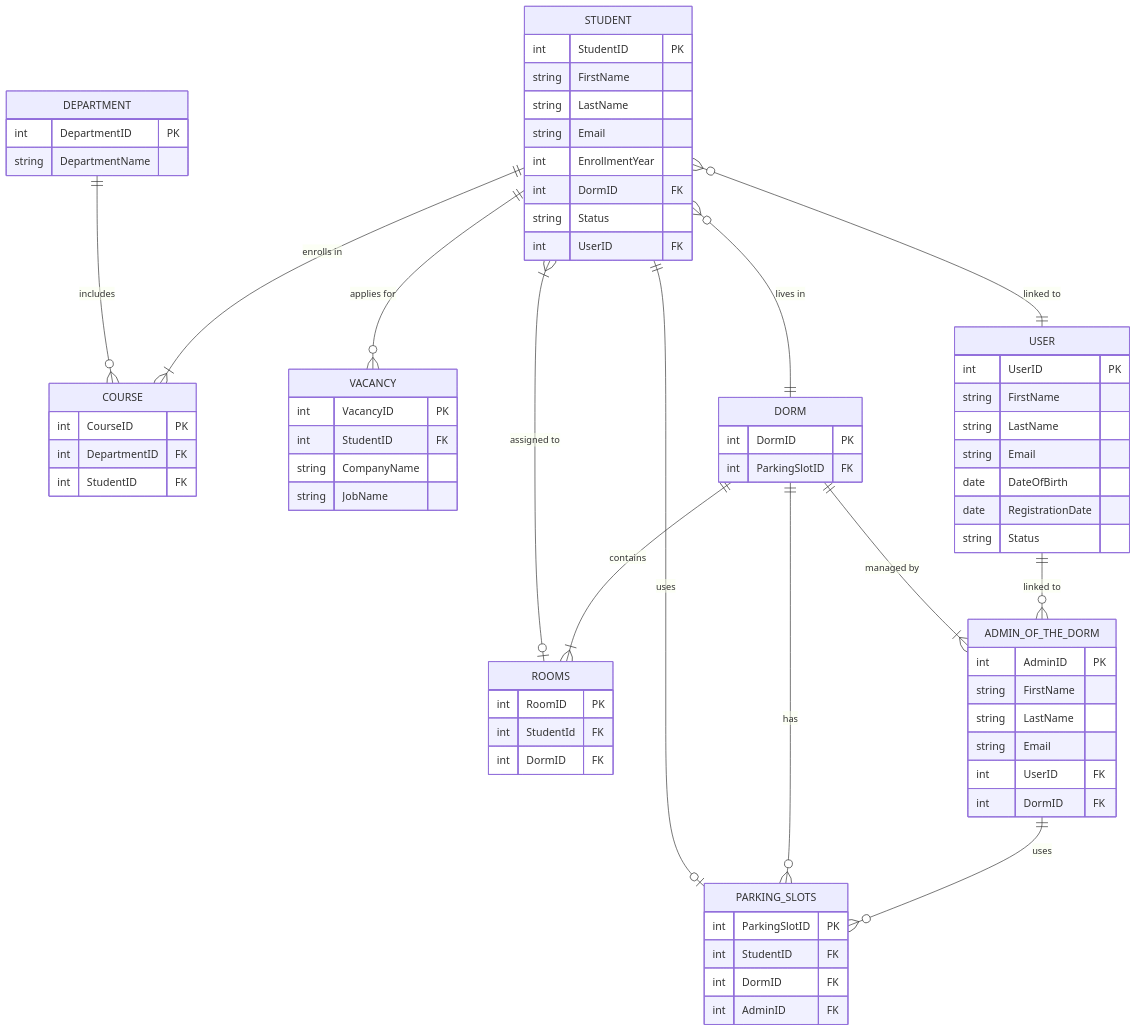
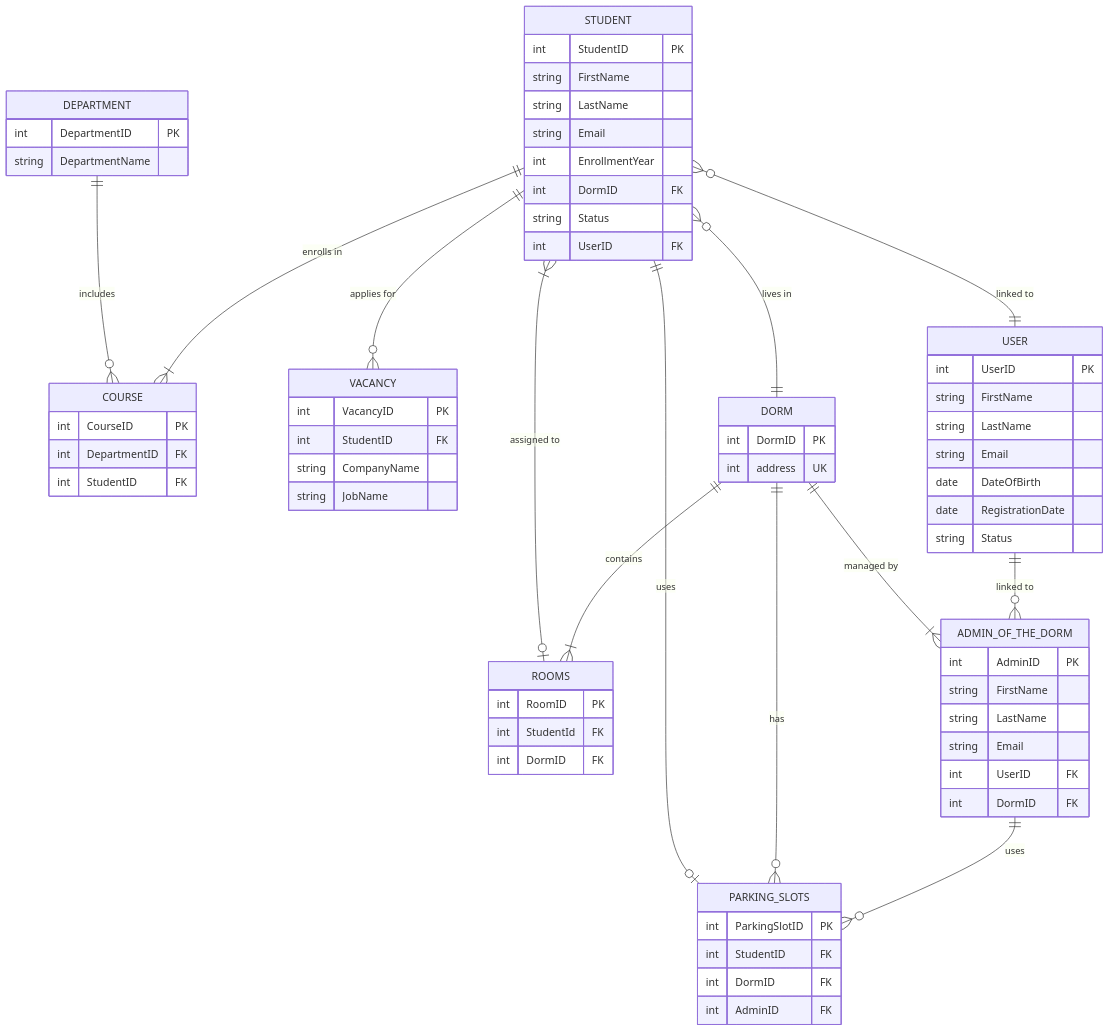
The diagram in lab1/dorm_er_diagram.md (Cammp3r/db-intro-course), drawn with Mermaid before and after one commit. The commit also changed 12 other files, not shown here.

````diff
--- a/lab1/dorm_er_diagram.md
+++ b/lab1/dorm_er_diagram.md
@@ -1,81 +1,81 @@
 ```mermaid
 erDiagram
     DEPARTMENT ||--o{ COURSE : "includes"
     STUDENT ||--|{ COURSE : "enrolls in"
     STUDENT ||--o{ VACANCY : "applies for"
     STUDENT }o--|| DORM : "lives in"
     STUDENT }o--|| USER : "linked to"
     STUDENT }|--o| ROOMS : "assigned to"
     STUDENT ||--o| PARKING_SLOTS : "uses"
     DORM ||--|{ ROOMS : "contains"
     DORM ||--o{ PARKING_SLOTS : "has"
     DORM ||--|{ ADMIN_OF_THE_DORM : "managed by"
     USER ||--o{ ADMIN_OF_THE_DORM : "linked to"
     ADMIN_OF_THE_DORM ||--o{ PARKING_SLOTS : "uses"
 
     DEPARTMENT {
         int DepartmentID PK
         string DepartmentName
     }
 
     COURSE {
         int CourseID PK
         int DepartmentID FK
         int StudentID FK
     }
 
     VACANCY {
         int VacancyID PK
         int StudentID FK
         string CompanyName
         string JobName
     }
 
     STUDENT {
         int StudentID PK
         string FirstName
         string LastName
         string Email
         int EnrollmentYear
         int DormID FK
         string Status
         int UserID FK
     }
 
     ADMIN_OF_THE_DORM {
         int AdminID PK
         string FirstName
         string LastName
         string Email
         int UserID FK
         int DormID FK
     }
 
     DORM {
         int DormID PK
-        int ParkingSlotID FK
+        int address UK
     }
 
     ROOMS {
         int RoomID PK
         int StudentId FK
         int DormID FK
     }
 
     PARKING_SLOTS {
         int ParkingSlotID PK
         int StudentID FK
         int DormID FK
         int AdminID FK
     }
 
     USER {
         int UserID PK
         string FirstName
         string LastName
         string Email
         date DateOfBirth
         date RegistrationDate
         string Status
     }
 ```
````
